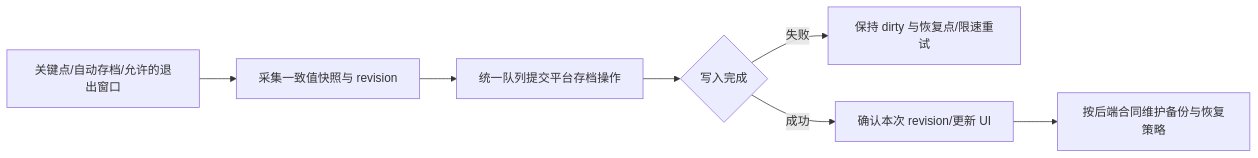
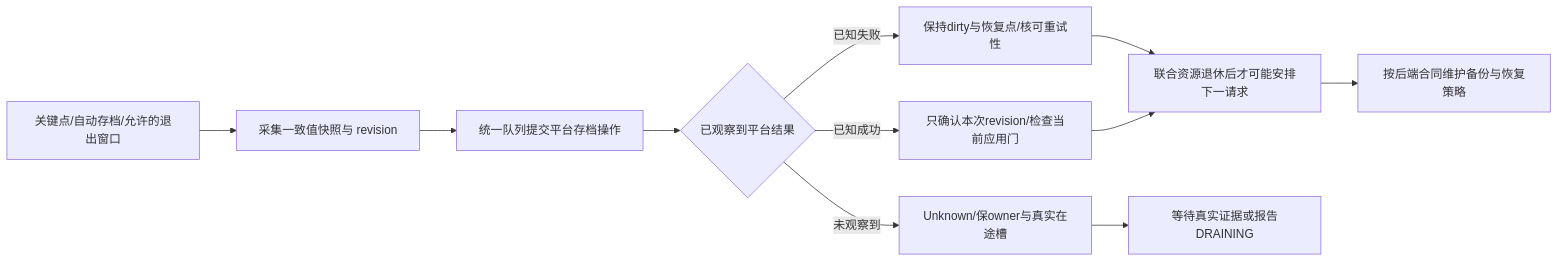
One commit to fantuan812/learning changed the third of 3 diagrams in 知识/05-Gameplay与交互系统/背包装备与存档/12-SaveGame存档系统与序列化.md. Above: the diagram before and after it, drawn with Mermaid. The commit also changed other lines of this file and 1 other file, not shown here.

````diff
--- a/知识/05-Gameplay与交互系统/背包装备与存档/12-SaveGame存档系统与序列化.md
+++ b/知识/05-Gameplay与交互系统/背包装备与存档/12-SaveGame存档系统与序列化.md
@@ -247,9 +381,13 @@
 ```mermaid
 flowchart LR
     A[关键点/自动存档/允许的退出窗口] --> B[采集一致值快照与 revision]
     B --> C[统一队列提交平台存档操作]
-    C --> D{写入完成}
-    D -->|失败| E[保持 dirty 与恢复点/限速重试]
-    D -->|成功| F[确认本次 revision/更新 UI]
-    F --> G[按后端合同维护备份与恢复策略]
+    C --> D{已观察到平台结果}
+    D -->|已知失败| E[保持dirty与恢复点/核可重试性]
+    D -->|已知成功| F[只确认本次revision/检查当前应用门]
+    D -->|未观察到| H[Unknown/保owner与真实在途槽]
+    E --> J[联合资源退休后才可能安排下一请求]
+    F --> J
+    H --> K[等待真实证据或报告DRAINING]
+    J --> G[按后端合同维护备份与恢复策略]
 ```
````
